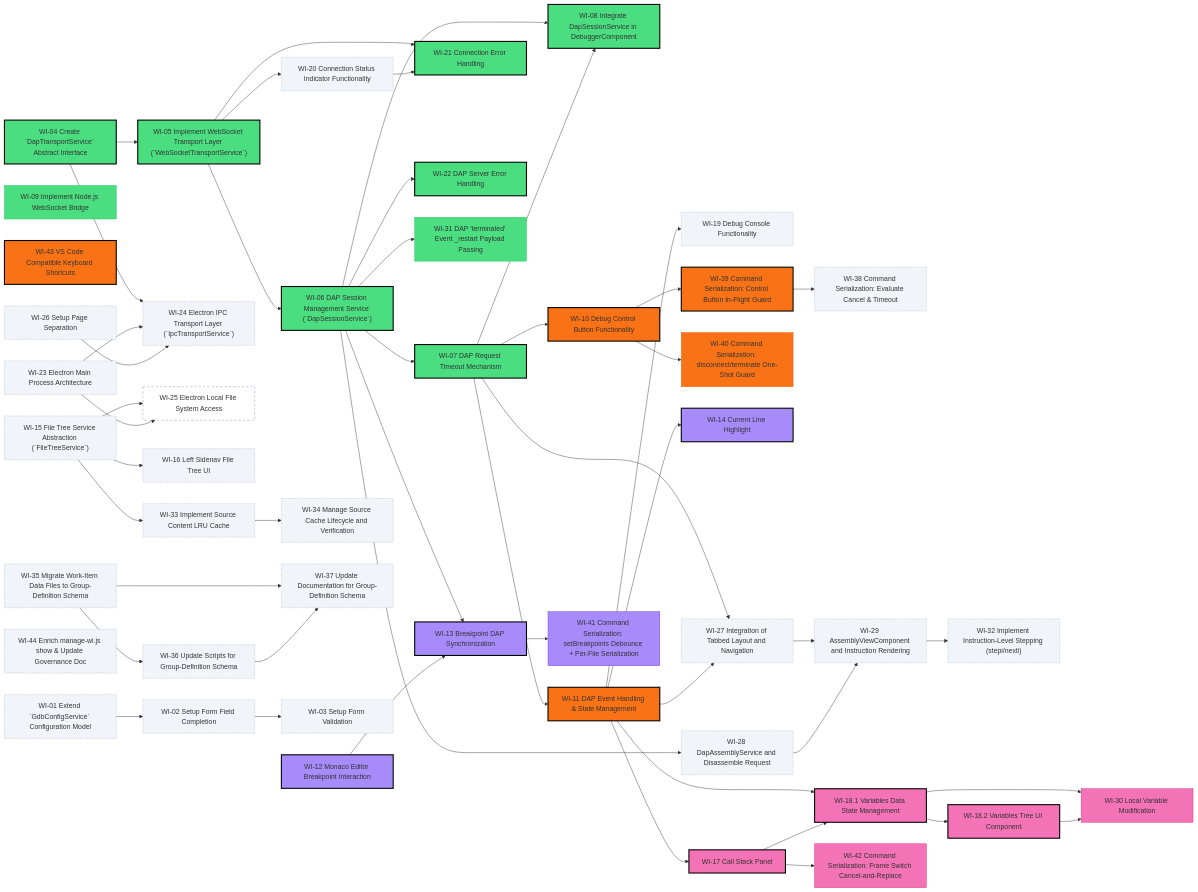
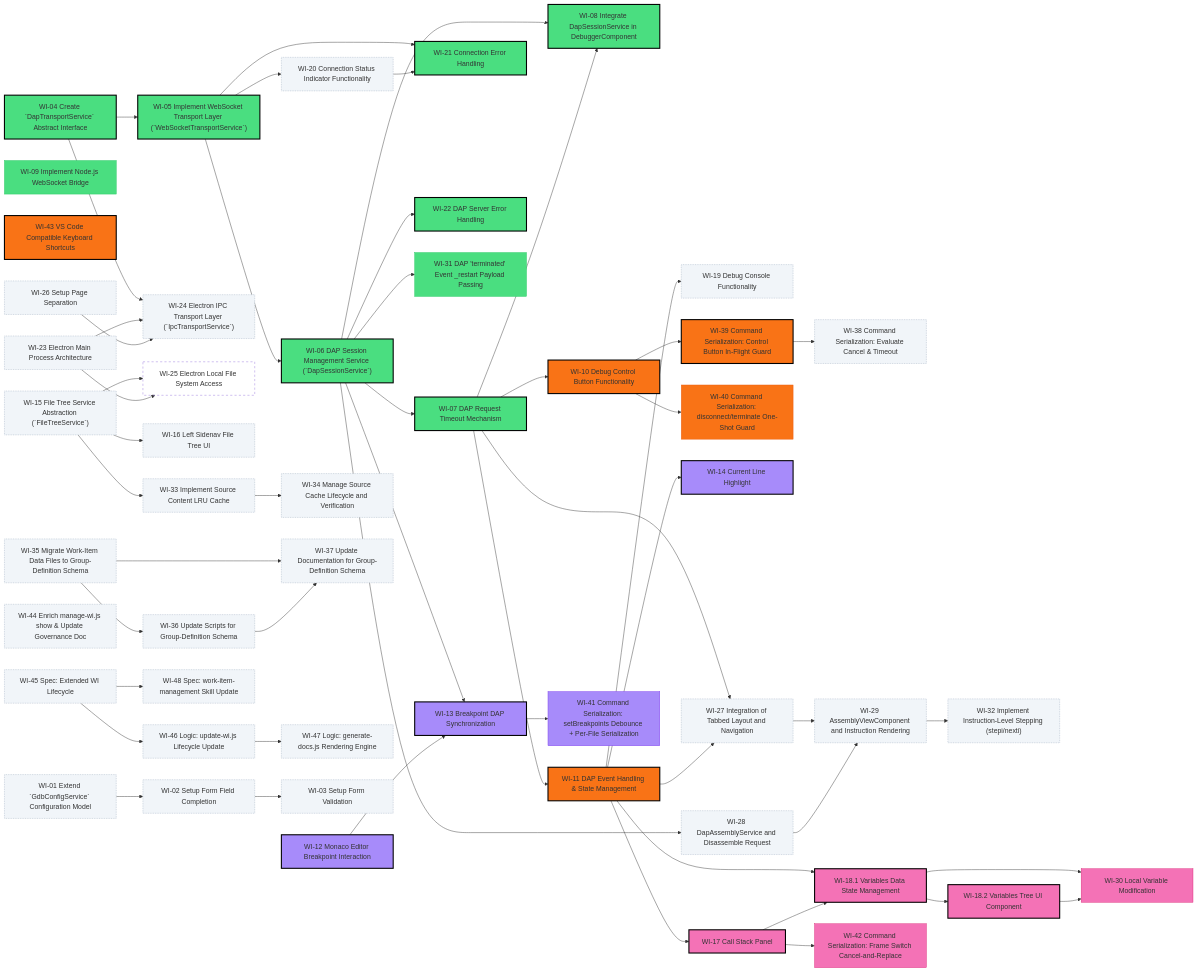
One commit to tangpo387-arch/taro-debugger changed the diagram in docs/project-roadmap.md. Above: the diagram before and after it, drawn with Mermaid. The commit also changed other lines of this file and 20 other files, not shown here.

Commit message:
refactor: extend work item lifecycle with accepted and rework statuses and update documentation and rendering logic accordingly

```diff
--- a/docs/project-roadmap.md
+++ b/docs/project-roadmap.md
@@ -42,6 +42,10 @@
     WI_36["WI-36 Update Scripts for Group-Definition Schema"]
     WI_37["WI-37 Update Documentation for Group-Definition Schema"]
     WI_44["WI-44 Enrich manage-wi.js show & Update Governance Doc"]
+    WI_45["WI-45 Spec: Extended WI Lifecycle"]
+    WI_46["WI-46 Logic: update-wi.js Lifecycle Update"]
+    WI_47["WI-47 Logic: generate-docs.js Rendering Engine"]
+    WI_48["WI-48 Spec: work-item-management Skill Update"]
     WI_27["WI-27 Integration of Tabbed Layout and Navigation"]
     WI_28["WI-28 DapAssemblyService and Disassemble Request"]
     WI_29["WI-29 AssemblyViewComponent and Instruction Rendering"]
@@ -85,6 +89,9 @@
     WI_35 --> WI_36
     WI_35 --> WI_37
     WI_36 --> WI_37
+    WI_45 --> WI_46
+    WI_46 --> WI_47
+    WI_45 --> WI_48
     WI_07 --> WI_27
     WI_11 --> WI_27
     WI_06 --> WI_28
@@ -134,6 +141,10 @@
     style WI_36 fill:#f1f5f9,stroke:#94a3b8,stroke-width:1px,stroke-dasharray:2
     style WI_37 fill:#f1f5f9,stroke:#94a3b8,stroke-width:1px,stroke-dasharray:2
     style WI_44 fill:#f1f5f9,stroke:#94a3b8,stroke-width:1px,stroke-dasharray:2
+    style WI_45 fill:#f1f5f9,stroke:#94a3b8,stroke-width:1px,stroke-dasharray:2
+    style WI_46 fill:#f1f5f9,stroke:#94a3b8,stroke-width:1px,stroke-dasharray:2
+    style WI_47 fill:#f1f5f9,stroke:#94a3b8,stroke-width:1px,stroke-dasharray:2
+    style WI_48 fill:#f1f5f9,stroke:#94a3b8,stroke-width:1px,stroke-dasharray:2
     style WI_27 fill:#f1f5f9,stroke:#94a3b8,stroke-width:1px,stroke-dasharray:2
     style WI_28 fill:#f1f5f9,stroke:#94a3b8,stroke-width:1px,stroke-dasharray:2
     style WI_29 fill:#f1f5f9,stroke:#94a3b8,stroke-width:1px,stroke-dasharray:2
```
